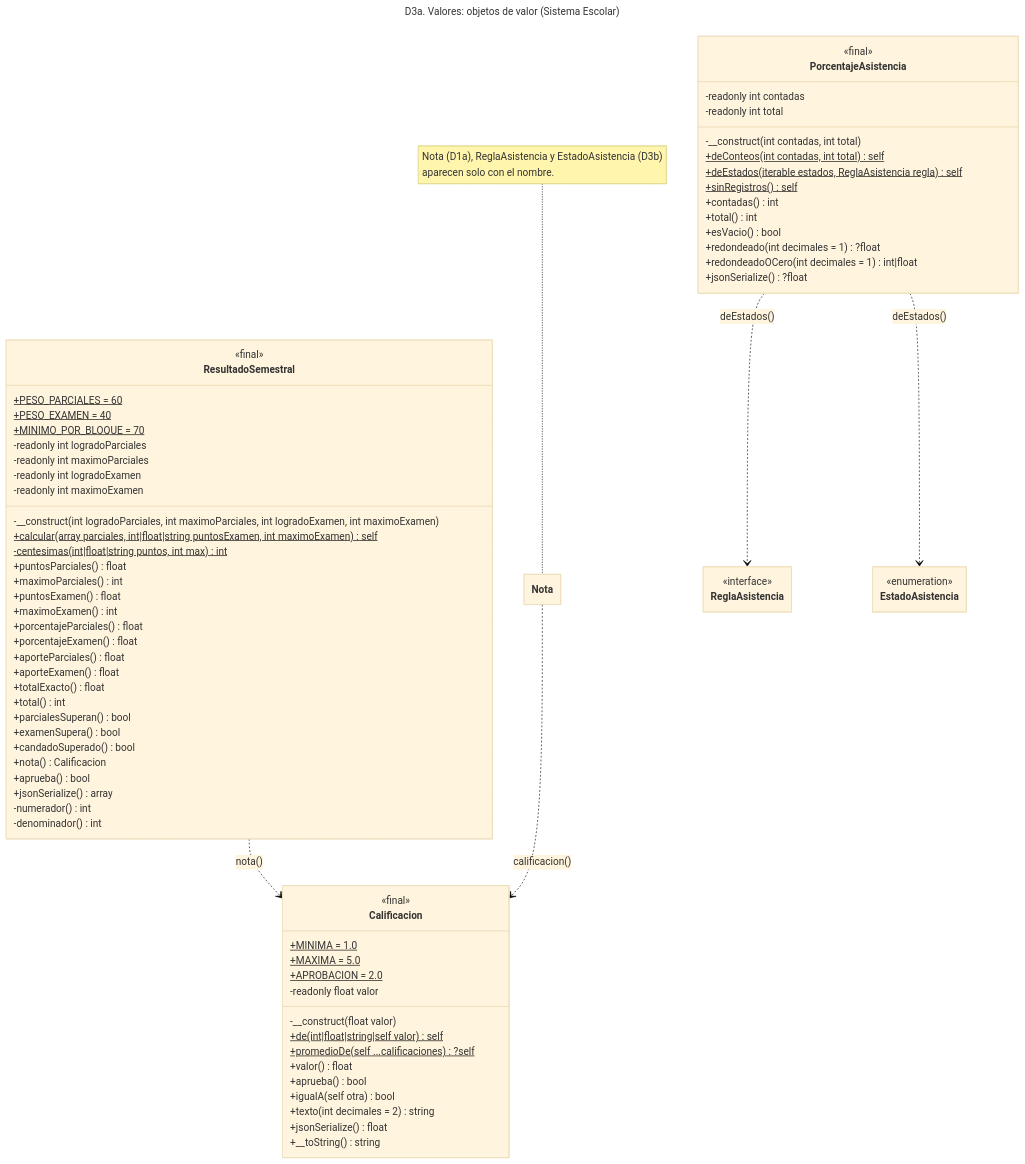
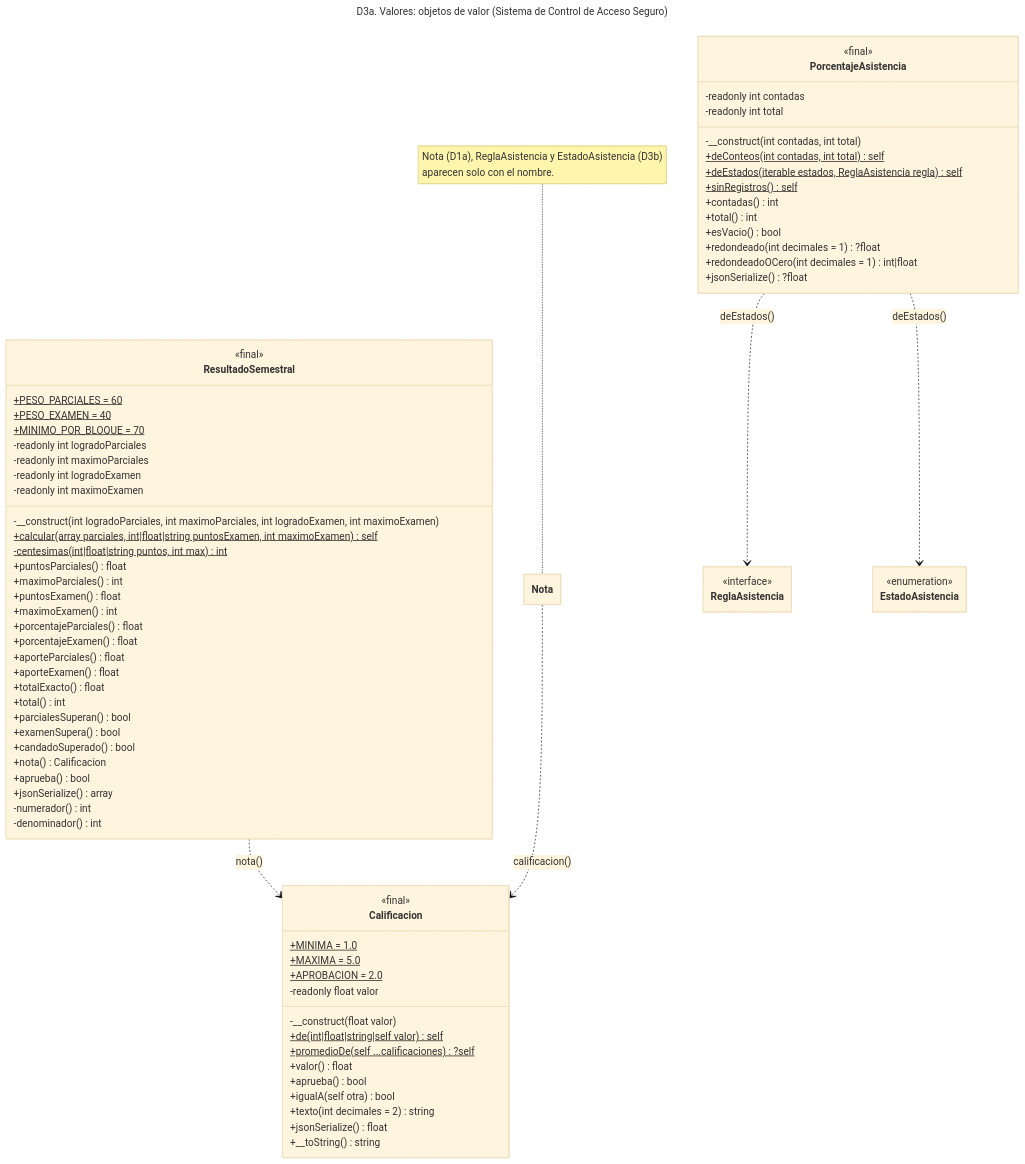
One commit to gnvargas-dev/sistema-control-acceso changed the diagram in docs/diagramas/D3a_valores.mmd. Above: the diagram before and after it, drawn with Mermaid (base theme). The commit also changed 28 other files, not shown here.

Commit message:
Actualiza el nombre del sistema en el README y en los diagramas

```diff
--- a/docs/diagramas/D3a_valores.mmd
+++ b/docs/diagramas/D3a_valores.mmd
@@ -1,88 +1,88 @@
 ---
-title: "D3a. Valores: objetos de valor (Sistema Escolar)"
+title: "D3a. Valores: objetos de valor (Sistema de Control de Acceso Seguro)"
 config:
   class:
     hideEmptyMembersBox: true
 ---
 classDiagram
 direction TB
 
 class Calificacion {
   <<final>>
   +MINIMA = 1.0$
   +MAXIMA = 5.0$
   +APROBACION = 2.0$
   -readonly float valor
   -__construct(float valor)
   +de(int|float|string|self valor)$ self
   +promedioDe(self ...calificaciones)$ ?self
   +valor() float
   +aprueba() bool
   +igualA(self otra) bool
   +texto(int decimales = 2) string
   +jsonSerialize() float
   +__toString() string
 }
 
 class ResultadoSemestral {
   <<final>>
   +PESO_PARCIALES = 60$
   +PESO_EXAMEN = 40$
   +MINIMO_POR_BLOQUE = 70$
   -readonly int logradoParciales
   -readonly int maximoParciales
   -readonly int logradoExamen
   -readonly int maximoExamen
   -__construct(int logradoParciales, int maximoParciales, int logradoExamen, int maximoExamen)
   +calcular(array parciales, int|float|string puntosExamen, int maximoExamen)$ self
   -centesimas(int|float|string puntos, int max)$ int
   +puntosParciales() float
   +maximoParciales() int
   +puntosExamen() float
   +maximoExamen() int
   +porcentajeParciales() float
   +porcentajeExamen() float
   +aporteParciales() float
   +aporteExamen() float
   +totalExacto() float
   +total() int
   +parcialesSuperan() bool
   +examenSupera() bool
   +candadoSuperado() bool
   +nota() Calificacion
   +aprueba() bool
   +jsonSerialize() array
   -numerador() int
   -denominador() int
 }
 
 class PorcentajeAsistencia {
   <<final>>
   -readonly int contadas
   -readonly int total
   -__construct(int contadas, int total)
   +deConteos(int contadas, int total)$ self
   +deEstados(iterable estados, ReglaAsistencia regla)$ self
   +sinRegistros()$ self
   +contadas() int
   +total() int
   +esVacio() bool
   +redondeado(int decimales = 1) ?float
   +redondeadoOCero(int decimales = 1) int|float
   +jsonSerialize() ?float
 }
 
 class Nota
 class ReglaAsistencia {
   <<interface>>
 }
 class EstadoAsistencia {
   <<enumeration>>
 }
 
 ResultadoSemestral ..> Calificacion : nota()
 Nota ..> Calificacion : calificacion()
 PorcentajeAsistencia ..> ReglaAsistencia : deEstados()
 PorcentajeAsistencia ..> EstadoAsistencia : deEstados()
 
 note for Nota "Nota (D1a), ReglaAsistencia y EstadoAsistencia (D3b)<br/>aparecen solo con el nombre."
```
